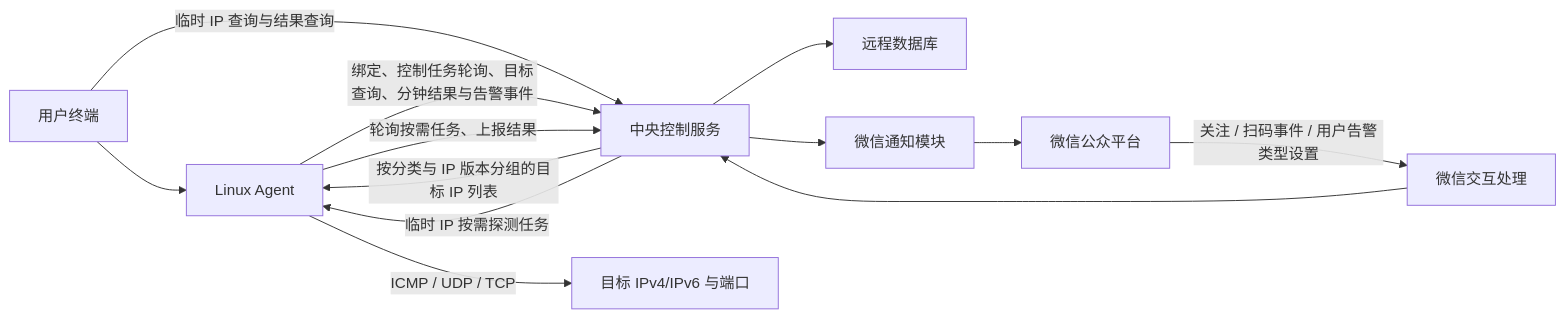
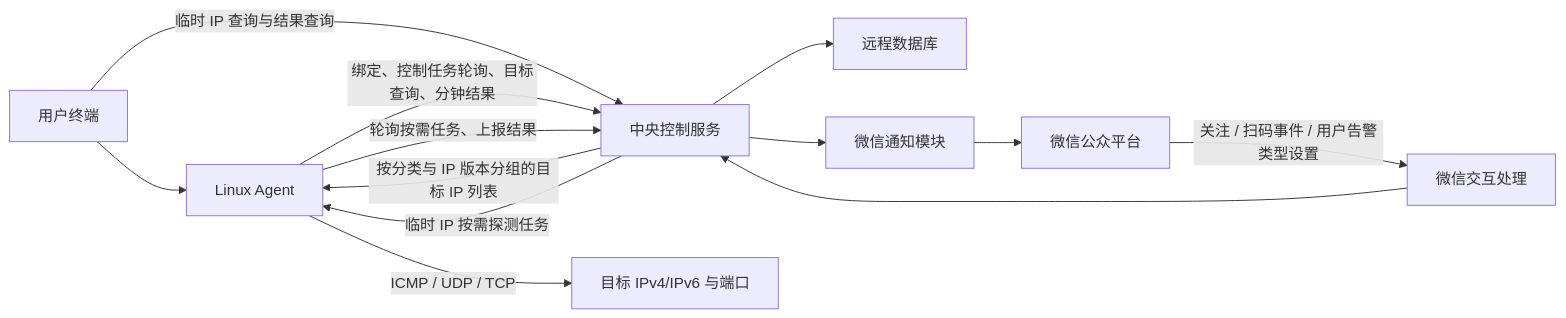
Before and after one commit to liyinred/NetPulse-xiaohe: the first of 3 diagrams in docs/system-design.md, drawn with Mermaid. The commit also changed other lines of this file and 3 other files, not shown here.

````diff
--- a/docs/system-design.md
+++ b/docs/system-design.md
@@ -64,15 +64,15 @@
 ```mermaid
 flowchart LR
     User["用户终端"] --> Agent["Linux Agent"]
     User -->|"临时 IP 查询与结果查询"| API
-    Agent -->|"绑定、控制任务轮询、目标查询、分钟结果与告警事件"| API["中央控制服务"]
+    Agent -->|"绑定、控制任务轮询、目标查询、分钟结果"| API["中央控制服务"]
     Agent -->|"轮询按需任务、上报结果"| API
     API -->|"按分类与 IP 版本分组的目标 IP 列表"| Agent
     API -->|"临时 IP 按需探测任务"| Agent
     Agent -->|"ICMP / UDP / TCP"| Target["目标 IPv4/IPv6 与端口"]
     API --> DB["远程数据库"]
     API --> Notify["微信通知模块"]
     Notify --> WeChat["微信公众平台"]
     WeChat -->|"关注 / 扫码事件 / 用户告警类型设置"| Callback["微信交互处理"]
     Callback --> API
 ```
````
